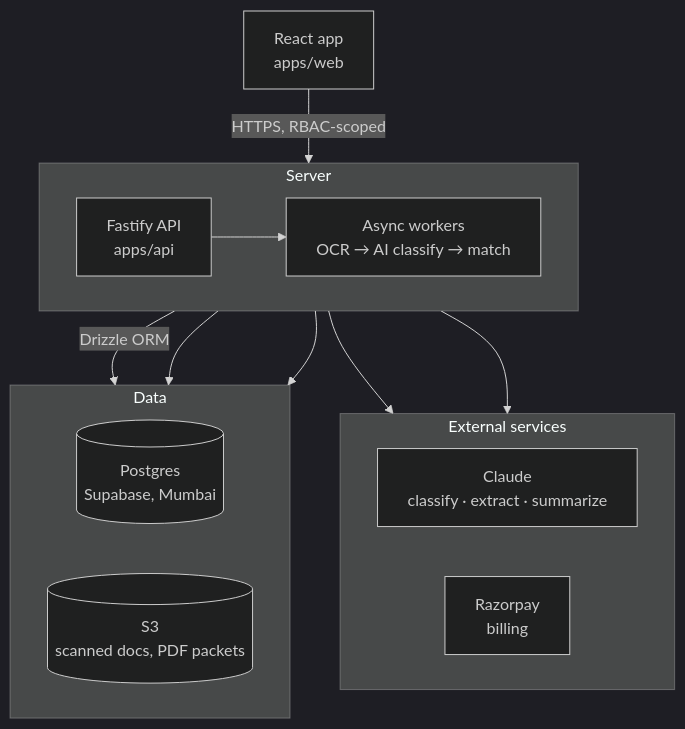
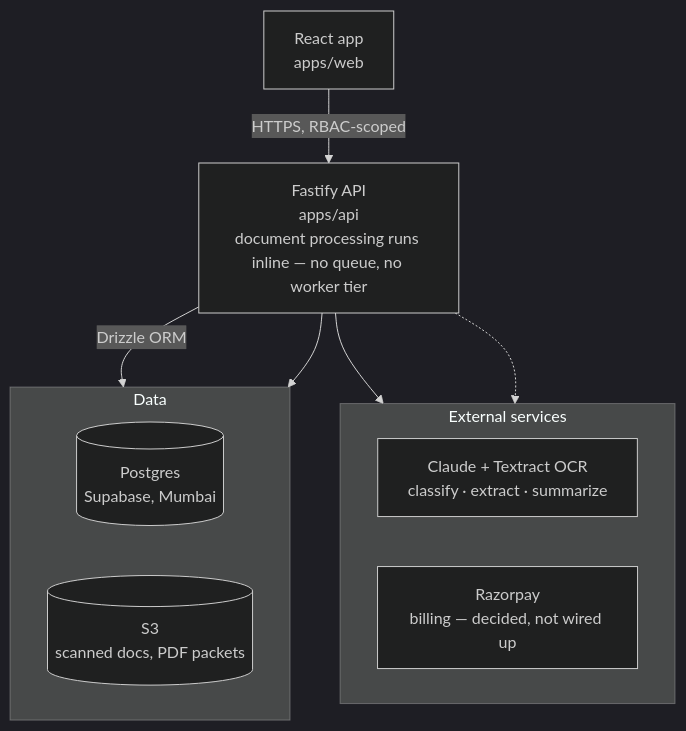
One commit to Cdineshreddy12/ClaimFlow changed the diagram in README.md. Above: the diagram before and after it, drawn with Mermaid (dark theme). The commit also changed other lines of this file and 1 other file, not shown here.

````diff
--- a/README.md
+++ b/README.md
@@ -197,30 +203,24 @@
 ```mermaid
 flowchart TD
     Web["React app<br/>apps/web"]
 
-    subgraph Server["Server"]
-        direction LR
-        API["Fastify API<br/>apps/api"]
-        Workers["Async workers<br/>OCR → AI classify → match"]
-    end
+    API["Fastify API<br/>apps/api<br/>document processing runs inline — no queue, no worker tier"]
 
     subgraph External["External services"]
         direction LR
-        AI["Claude<br/>classify · extract · summarize"]
-        Razorpay["Razorpay<br/>billing"]
+        AI["Claude + Textract OCR<br/>classify · extract · summarize"]
+        Razorpay["Razorpay<br/>billing — decided, not wired up"]
     end
 
     subgraph Data["Data"]
         direction LR
         PG[("Postgres<br/>Supabase, Mumbai")]
         S3[("S3<br/>scanned docs, PDF packets")]
     end
 
     Web -- "HTTPS, RBAC-scoped" --> API
     API -- "Drizzle ORM" --> PG
     API --> S3
-    API --> Workers
-    API --> Razorpay
-    Workers --> AI
-    Workers --> PG
+    API --> AI
+    API -.-> Razorpay
 ```
````
